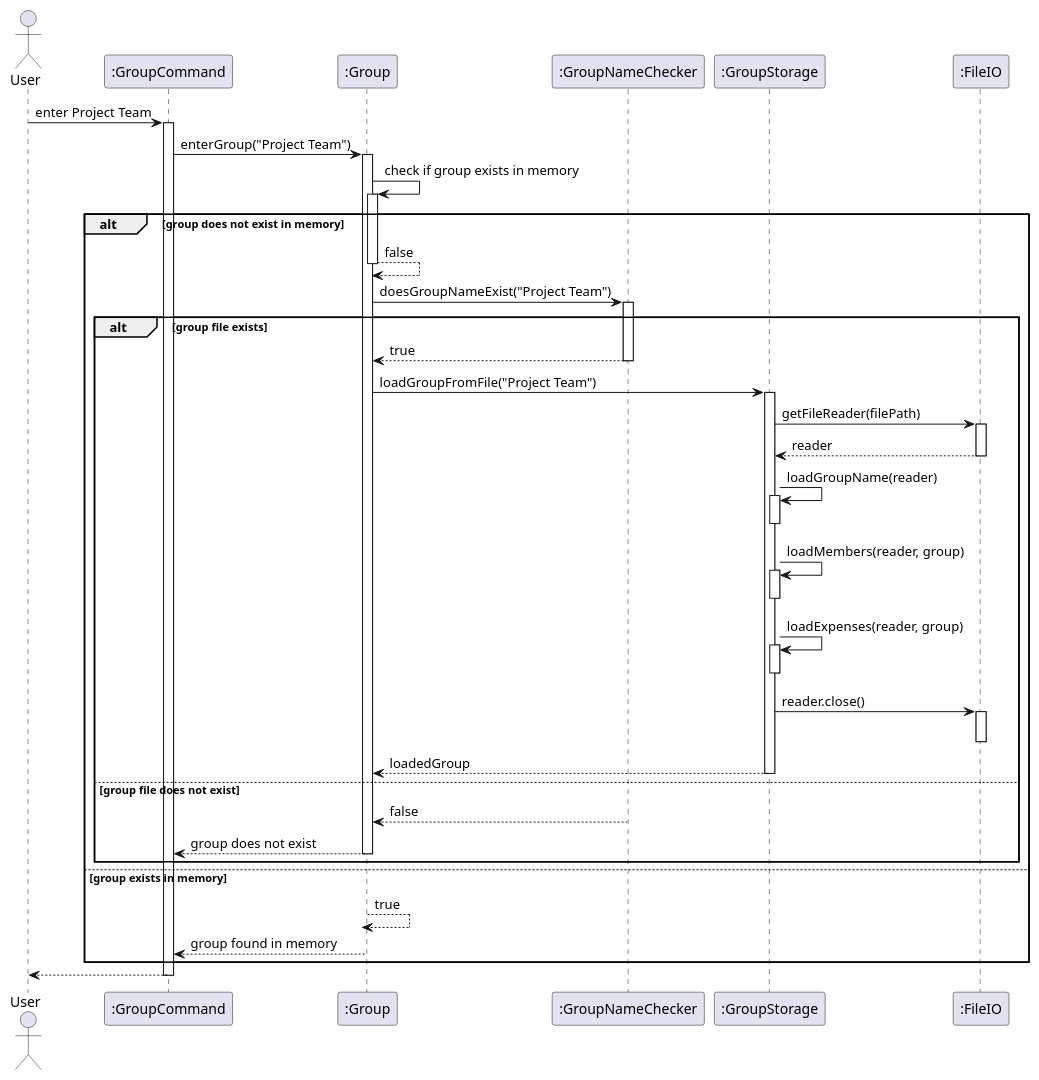
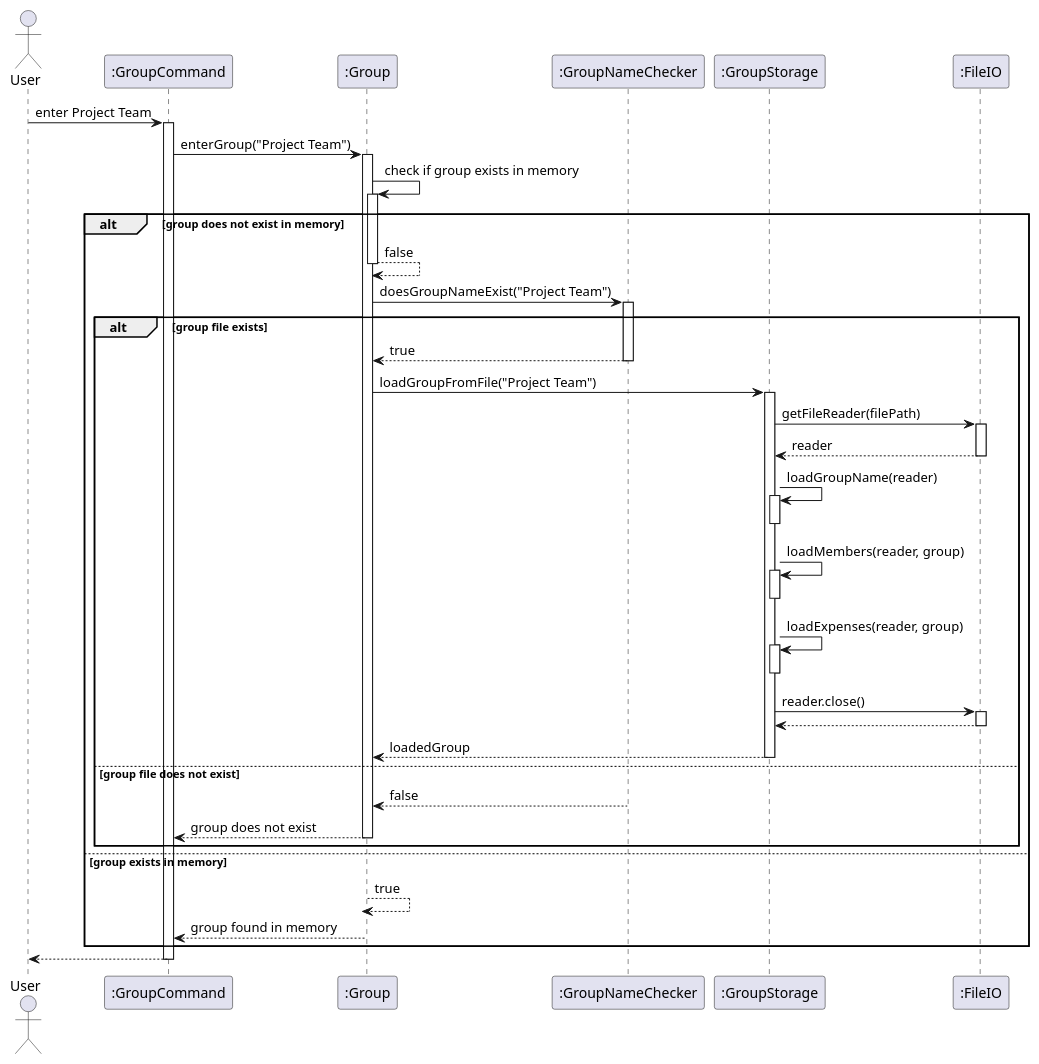
Before and after one commit to mukund1403/tp: the diagram in docs/diagrams/groupStorage2.puml, drawn with PlantUML. The commit also changed 5 other files, not shown here.

```diff
--- a/docs/diagrams/groupStorage2.puml
+++ b/docs/diagrams/groupStorage2.puml
@@ -1,70 +1,71 @@
 @startuml
 actor User
 participant ":GroupCommand" as GroupCommand
 participant ":Group" as Group
 participant ":GroupNameChecker" as GroupNameChecker
 participant ":GroupStorage" as GroupStorage
 participant ":FileIO" as FileIO
 
 User -> GroupCommand: enter Project Team
 activate GroupCommand
 
 GroupCommand -> Group: enterGroup("Project Team")
 activate Group
 
 Group -> Group: check if group exists in memory
 activate Group
 alt group does not exist in memory
     Group --> Group: false
     deactivate Group
 
     Group -> GroupNameChecker: doesGroupNameExist("Project Team")
     activate GroupNameChecker
     alt group file exists
         GroupNameChecker --> Group: true
         deactivate GroupNameChecker
 
         Group -> GroupStorage: loadGroupFromFile("Project Team")
         activate GroupStorage
 
         GroupStorage -> FileIO: getFileReader(filePath)
         activate FileIO
         FileIO --> GroupStorage: reader
         deactivate FileIO
 
         GroupStorage -> GroupStorage: loadGroupName(reader)
         activate GroupStorage
         deactivate GroupStorage
 
         GroupStorage -> GroupStorage: loadMembers(reader, group)
         activate GroupStorage
         deactivate GroupStorage
 
         GroupStorage -> GroupStorage: loadExpenses(reader, group)
         activate GroupStorage
         deactivate GroupStorage
 
         GroupStorage -> FileIO: reader.close()
         activate FileIO
+        FileIO --> GroupStorage
         deactivate FileIO
 
         GroupStorage --> Group: loadedGroup
         deactivate GroupStorage
     else group file does not exist
         GroupNameChecker --> Group: false
         deactivate GroupNameChecker
 
         Group --> GroupCommand: group does not exist
         deactivate Group
     end
 else group exists in memory
     Group --> Group: true
     deactivate Group
 
     Group --> GroupCommand: group found in memory
     deactivate Group
 end
 
 GroupCommand --> User
 deactivate GroupCommand
 @enduml
```
